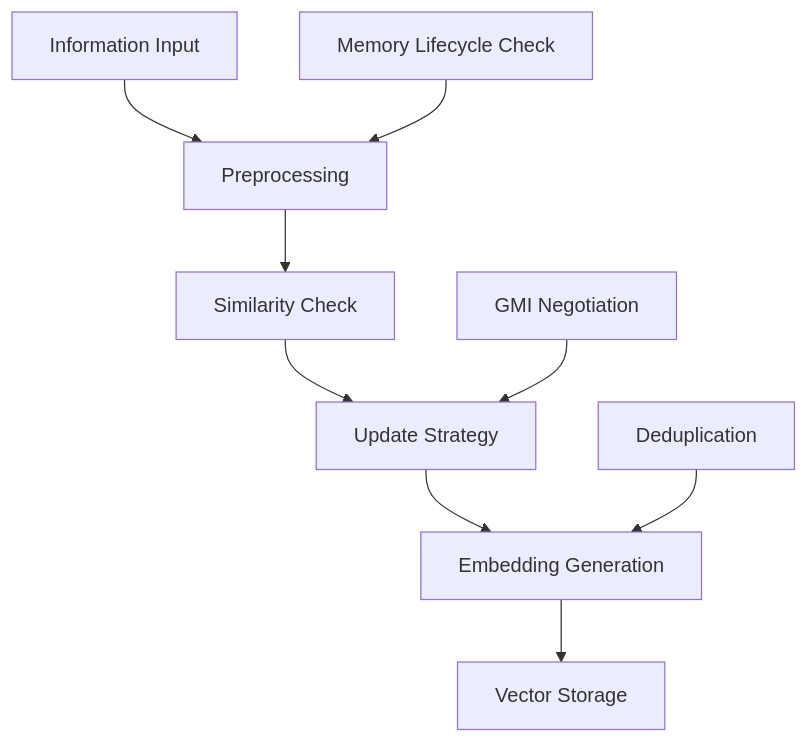
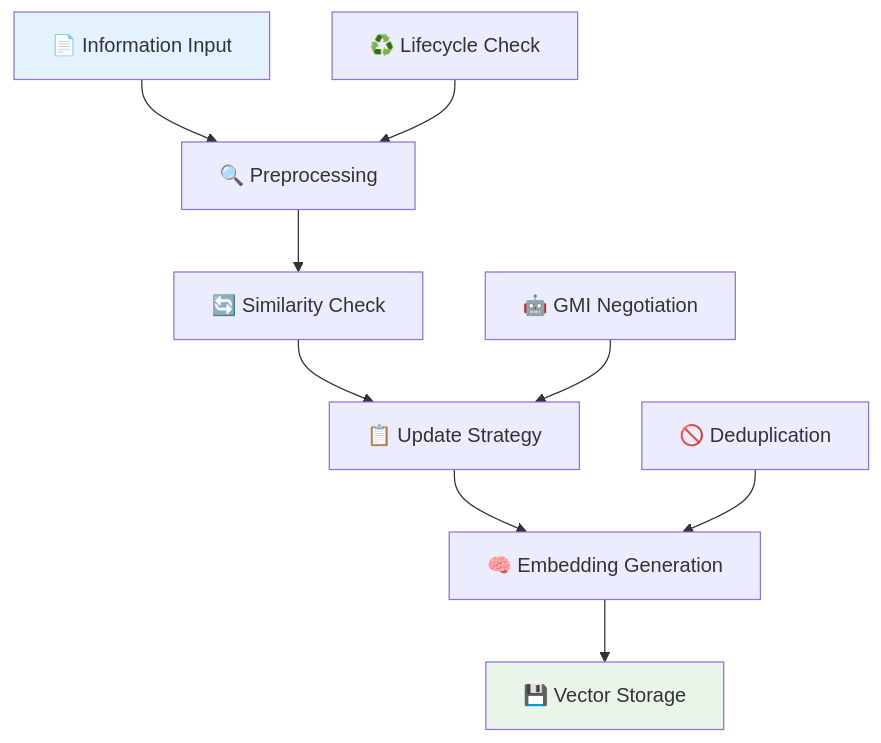
One commit to framersai/agentos-live-docs changed the fifth of 7 diagrams in backend/agentos/docs/RAG.md. Above: the diagram before and after it, drawn with Mermaid. The commit also changed other lines of this file and 17 other files, not shown here.

````diff
--- a/backend/agentos/docs/RAG.md
+++ b/backend/agentos/docs/RAG.md
@@ -146,12 +304,15 @@
 ```mermaid
 graph TD
-    A[Information Input] --> B[Preprocessing]
-    B --> C[Similarity Check]
-    C --> D[Update Strategy]
-    D --> E[Embedding Generation]
-    E --> F[Vector Storage]
+    A[📄 Information Input] --> B[🔍 Preprocessing]
+    B --> C[🔄 Similarity Check]
+    C --> D[📋 Update Strategy]
+    D --> E[🧠 Embedding Generation]
+    E --> F[💾 Vector Storage]
     
-    G[Memory Lifecycle Check] --> B
-    H[GMI Negotiation] --> D
-    I[Deduplication] --> E
+    G[♻️ Lifecycle Check] --> B
+    H[🤖 GMI Negotiation] --> D
+    I[🚫 Deduplication] --> E
+    
+    style A fill:#e3f2fd
+    style F fill:#e8f5e8
 ```
````
